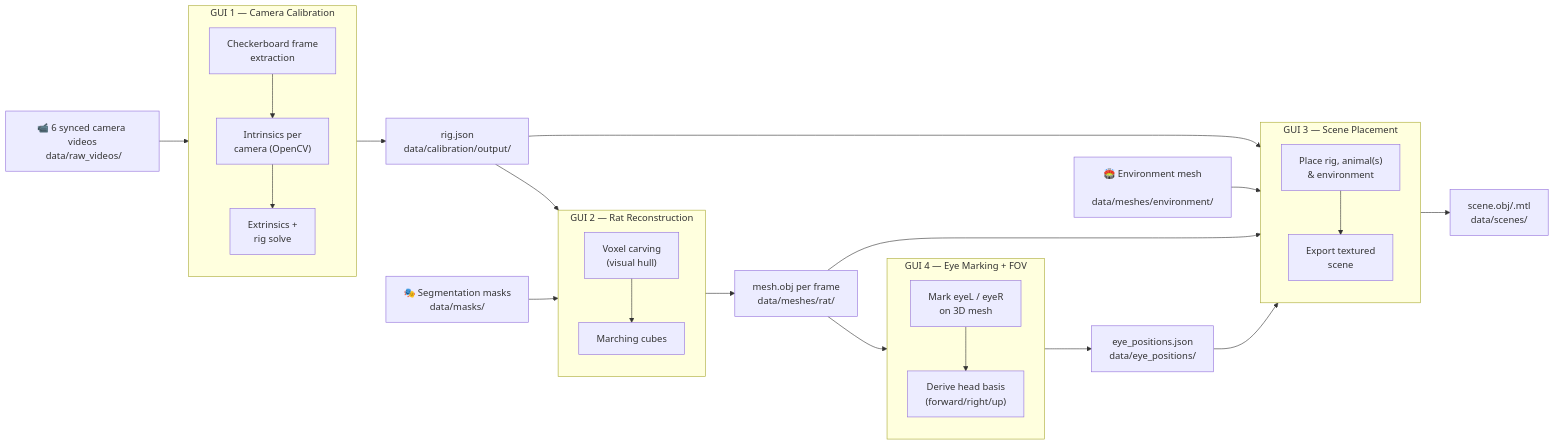
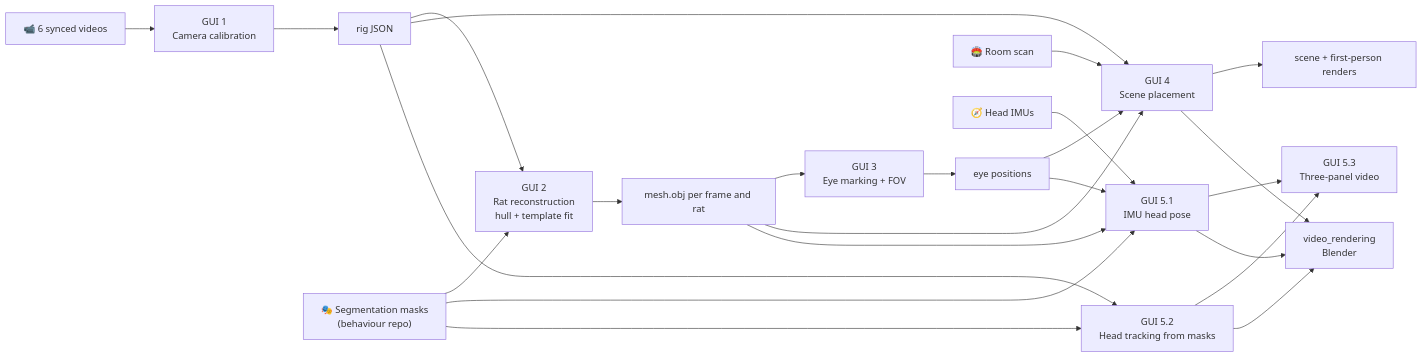
The diagram in README.md (Tschedii/rat-3d-reconstruction-1pov), drawn with Mermaid before and after one commit. The commit also changed other lines of this file and 111 other files, not shown here.

````diff
--- a/README.md
+++ b/README.md
@@ -41,34 +73,26 @@
 ```mermaid
 flowchart LR
-    A["📹 6 synced camera videos\n data/raw_videos/"] --> G1
-    subgraph G1["GUI 1 — Camera Calibration"]
-        direction TB
-        G1a["Checkerboard frame\nextraction"] --> G1b["Intrinsics per\ncamera (OpenCV)"] --> G1c["Extrinsics +\nrig solve"]
-    end
-    G1 --> R["rig.json\ndata/calibration/output/"]
-
-    M["🎭 Segmentation masks\n data/masks/"] --> G2
-    R --> G2
-    subgraph G2["GUI 2 — Rat Reconstruction"]
-        direction TB
-        G2a["Voxel carving\n(visual hull)"] --> G2b["Marching cubes"]
-    end
-    G2 --> MS["mesh.obj per frame\ndata/meshes/rat/"]
-
-    MS --> G4
-    subgraph G4["GUI 4 — Eye Marking + FOV"]
-        direction TB
-        G4a["Mark eyeL / eyeR\non 3D mesh"] --> G4b["Derive head basis\n(forward/right/up)"]
-    end
-    G4 --> EY["eye_positions.json\ndata/eye_positions/"]
-
-    R --> G3
-    MS --> G3
-    ENV["🏟️ Environment mesh\n data/meshes/environment/"] --> G3
-    EY --> G3
-    subgraph G3["GUI 3 — Scene Placement"]
-        direction TB
-        G3a["Place rig, animal(s)\n& environment"] --> G3b["Export textured\nscene"]
-    end
-    G3 --> SC["scene.obj/.mtl\ndata/scenes/"]
+    V["📹 6 synced videos"] --> G1["GUI 1<br/>Camera calibration"]
+    G1 --> RIG["rig JSON"]
+    M["🎭 Segmentation masks<br/>(behaviour repo)"] --> G2
+    RIG --> G2["GUI 2<br/>Rat reconstruction<br/>hull + template fit"]
+    G2 --> MESH["mesh.obj per frame and rat"]
+    MESH --> G3["GUI 3<br/>Eye marking + FOV"]
+    G3 --> EYES["eye positions"]
+    RIG --> G4["GUI 4<br/>Scene placement"]
+    MESH --> G4
+    EYES --> G4
+    ENV["🏟️ Room scan"] --> G4
+    G4 --> FPV["scene + first-person renders"]
+    IMU["🧭 Head IMUs"] --> G51["GUI 5.1<br/>IMU head pose"]
+    M --> G51
+    MESH --> G51
+    EYES --> G51
+    M --> G52["GUI 5.2<br/>Head tracking from masks"]
+    RIG --> G52
+    G51 --> G53["GUI 5.3<br/>Three-panel video"]
+    G52 --> G53
+    G51 --> BL["video_rendering<br/>Blender"]
+    G52 --> BL
+    G4 --> BL
 ```
````
